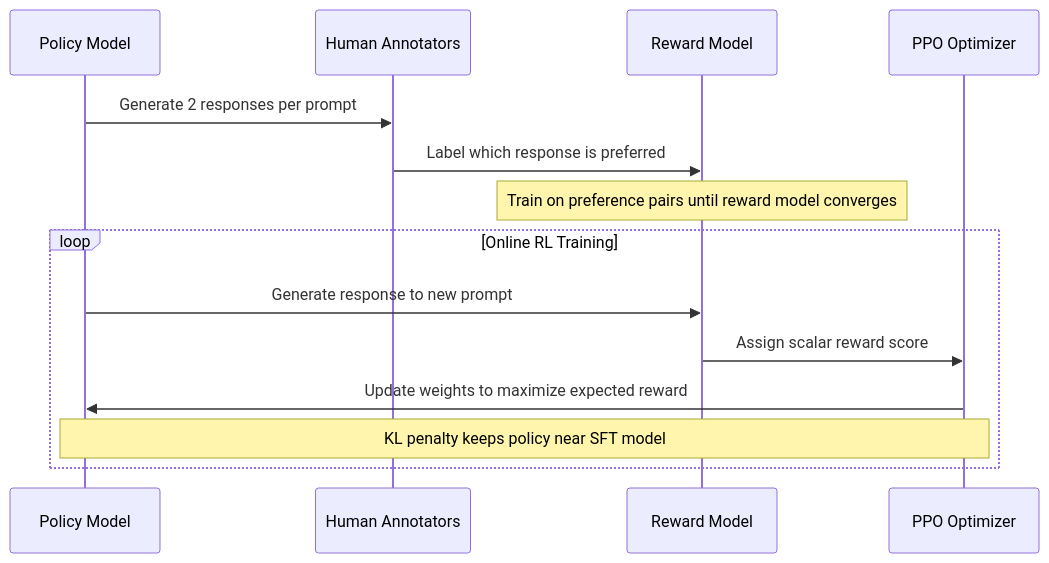
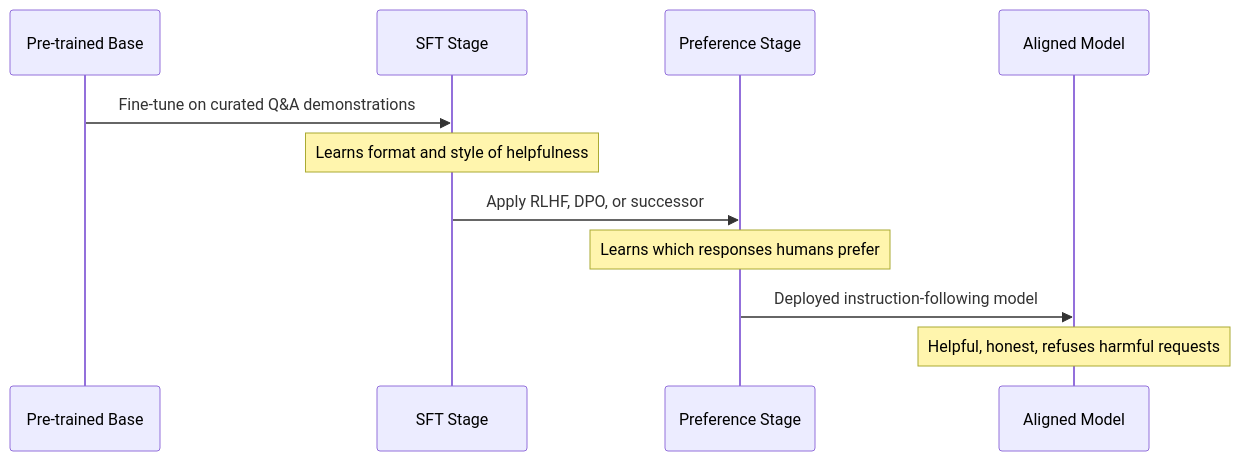
One commit to JuanLara18/portfolio changed the first of 3 diagrams in front/public/blog/posts/field-notes/rlhf-dpo-alignment.md. Above: the diagram before and after it, drawn with Mermaid. The commit also changed other lines of this file and 1 other file, not shown here.

First line of the commit message:
refactor: enhance RLHF and DPO alignment blog post for clarity and depth

````diff
--- a/front/public/blog/posts/field-notes/rlhf-dpo-alignment.md
+++ b/front/public/blog/posts/field-notes/rlhf-dpo-alignment.md
@@ -50,17 +45,14 @@
 ```mermaid
 sequenceDiagram
-    participant P as Policy Model
-    participant H as Human Annotators
-    participant R as Reward Model
-    participant PPO as PPO Optimizer
+    participant PT as Pre-trained Base
+    participant SFT as SFT Stage
+    participant PREF as Preference Stage
+    participant MODEL as Aligned Model
 
-    P->>H: Generate 2 responses per prompt
-    H->>R: Label which response is preferred
-    Note over R: Train on preference pairs until reward model converges
-    loop Online RL Training
-        P->>R: Generate response to new prompt
-        R->>PPO: Assign scalar reward score
-        PPO->>P: Update weights to maximize expected reward
-        Note over PPO,P: KL penalty keeps policy near SFT model
-    end
+    PT->>SFT: Fine-tune on curated Q&A demonstrations
+    Note over SFT: Learns format and style of helpfulness
+    SFT->>PREF: Apply RLHF, DPO, or successor
+    Note over PREF: Learns which responses humans prefer
+    PREF->>MODEL: Deployed instruction-following model
+    Note over MODEL: Helpful, honest, refuses harmful requests
 ```
````
